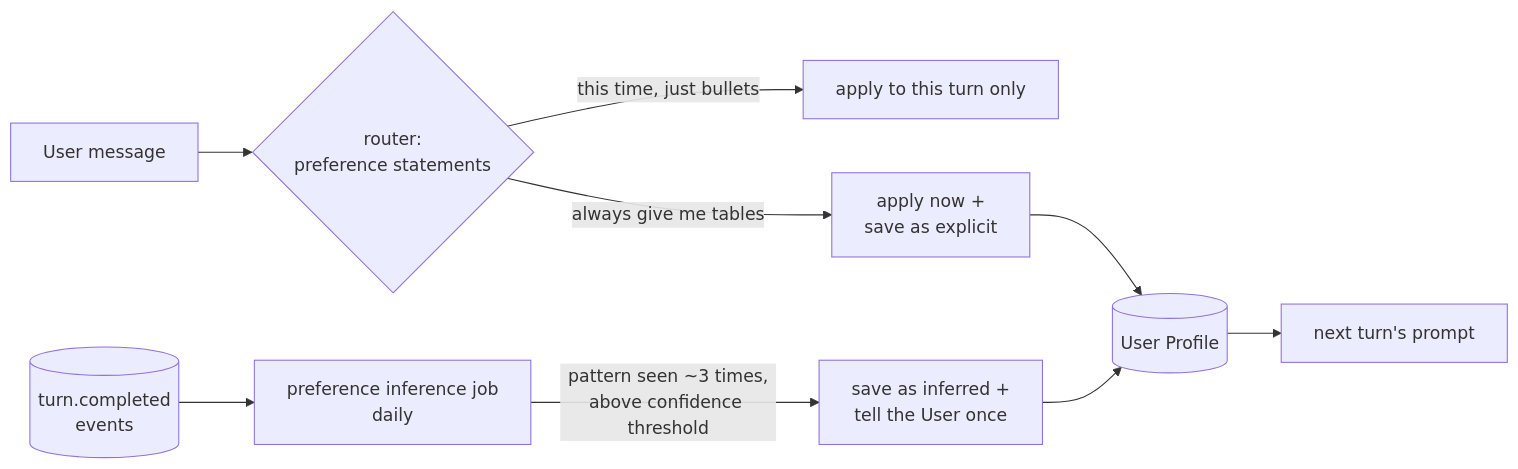
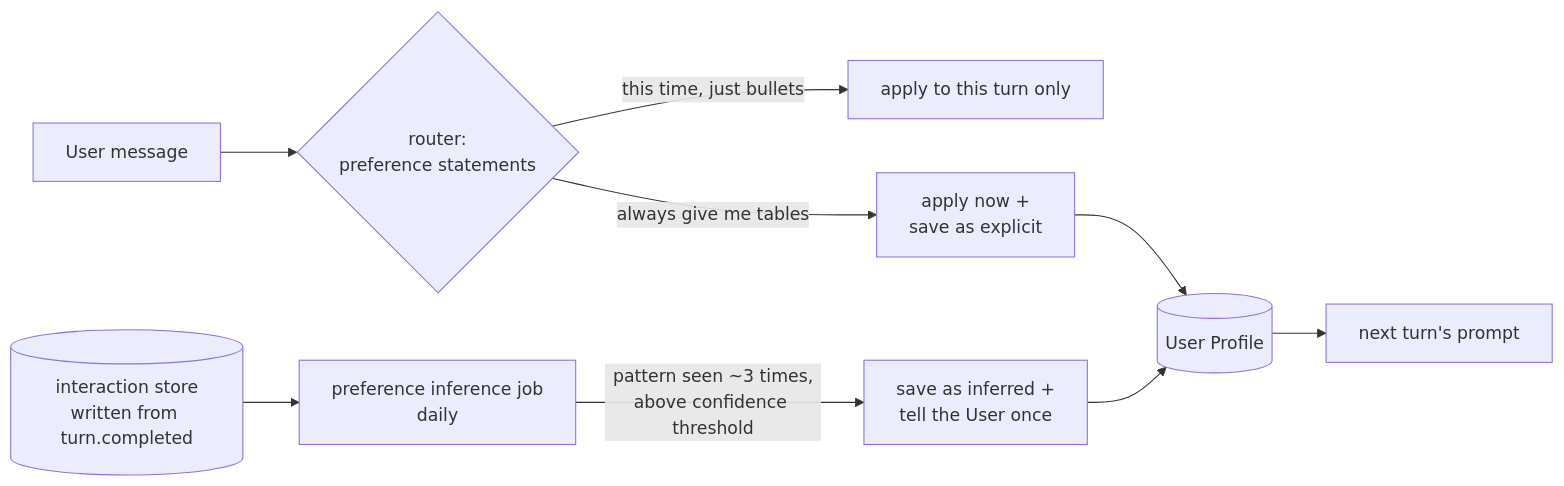
The first of 2 diagrams in docs/hld/05-learning-loop.md (sternyishai/opsfleet-test), drawn with Mermaid before and after one commit. The commit also changed other lines of this file and 5 other files, not shown here.

First line of the commit message:
docs(hld): settle where preference inference reads and who sweeps

````diff
--- a/docs/hld/05-learning-loop.md
+++ b/docs/hld/05-learning-loop.md
@@ -28,11 +28,11 @@
 ```mermaid
 flowchart LR
     M[User message] --> R{router:<br/>preference statements}
     R -- "this time, just bullets" --> T[apply to this turn only]
     R -- "always give me tables" --> S[apply now +<br/>save as explicit]
-    E[(turn.completed<br/>events)] --> J[preference inference job<br/>daily]
+    E[(interaction store<br/>written from turn.completed)] --> J[preference inference job<br/>daily]
     J -- pattern seen ~3 times,<br/>above confidence threshold --> I[save as inferred +<br/>tell the User once]
     S --> P[(User Profile)]
     I --> P
     P --> N[next turn's prompt]
 ```
````
